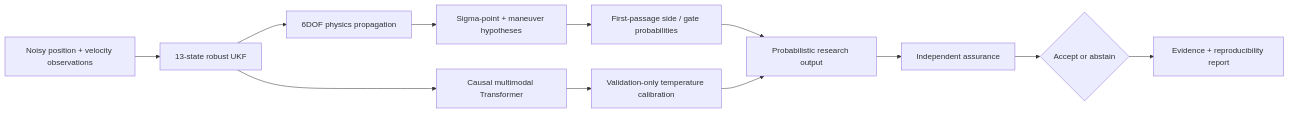
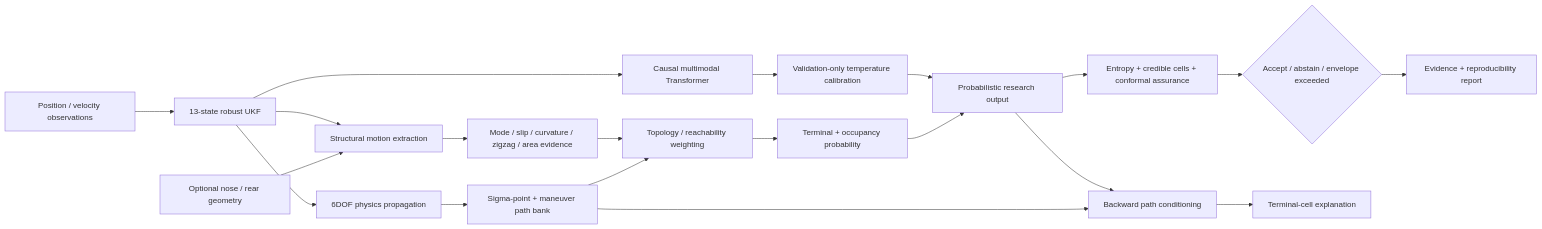
Before and after one commit to sciencemaths-collab/hypersonic-trajectory-intelligence: the diagram in README.md, drawn with Mermaid. The commit also changed other lines of this file, not shown here.

Commit message:
publish HTI 0.8 architecture on landing page

````diff
--- a/README.md
+++ b/README.md
@@ -46,14 +53,22 @@
 ```mermaid
 flowchart LR
-    A[Noisy position + velocity observations] --> B[13-state robust UKF]
+    A[Position / velocity observations] --> B[13-state robust UKF]
+    A2[Optional nose / rear geometry] --> S[Structural motion extraction]
     B --> C[6DOF physics propagation]
     B --> D[Causal multimodal Transformer]
-    C --> E[Sigma-point + maneuver hypotheses]
-    E --> F[First-passage side / gate probabilities]
+    B --> S
+    C --> E[Sigma-point + maneuver path bank]
+    S --> M[Mode / slip / curvature / zigzag / area evidence]
+    E --> T[Topology / reachability weighting]
+    M --> T
+    T --> F[Terminal + occupancy probability]
     D --> G[Validation-only temperature calibration]
     F --> H[Probabilistic research output]
     G --> H
-    H --> I[Independent assurance]
-    I --> J{Accept or abstain}
-    J --> K[Evidence + reproducibility report]
+    H --> I[Entropy + credible cells + conformal assurance]
+    I --> J{Accept / abstain / envelope exceeded}
+    E --> K[Backward path conditioning]
+    H --> K
+    K --> L[Terminal-cell explanation]
+    J --> R[Evidence + reproducibility report]
 ```
````
